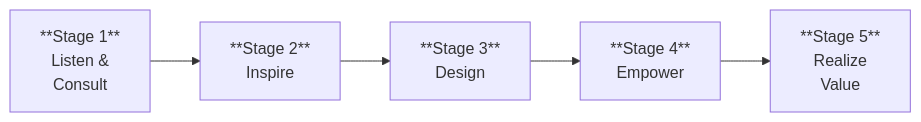
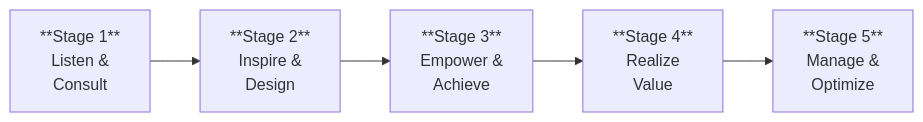
One commit to jonathan-vella/build-test changed the first of 2 diagrams in site/src/content/docs/journey-map/index.md. Above: the diagram before and after it, drawn with Mermaid. The commit also changed other lines of this file and 16 other files, not shown here.

````diff
--- a/site/src/content/docs/journey-map/index.md
+++ b/site/src/content/docs/journey-map/index.md
@@ -14,7 +21,7 @@
 ```mermaid
 graph LR
-  S1["**Stage 1**<br/>Listen &<br/>Consult"] --> S2["**Stage 2**<br/>Inspire"]
-  S2 --> S3["**Stage 3**<br/>Design"]
-  S3 --> S4["**Stage 4**<br/>Empower"]
-  S4 --> S5["**Stage 5**<br/>Realize<br/>Value"]
+  S1["**Stage 1**<br/>Listen &<br/>Consult"] --> S2["**Stage 2**<br/>Inspire &<br/>Design"]
+  S2 --> S3["**Stage 3**<br/>Empower &<br/>Achieve"]
+  S3 --> S4["**Stage 4**<br/>Realize<br/>Value"]
+  S4 --> S5["**Stage 5**<br/>Manage &<br/>Optimize"]
 ```
````
